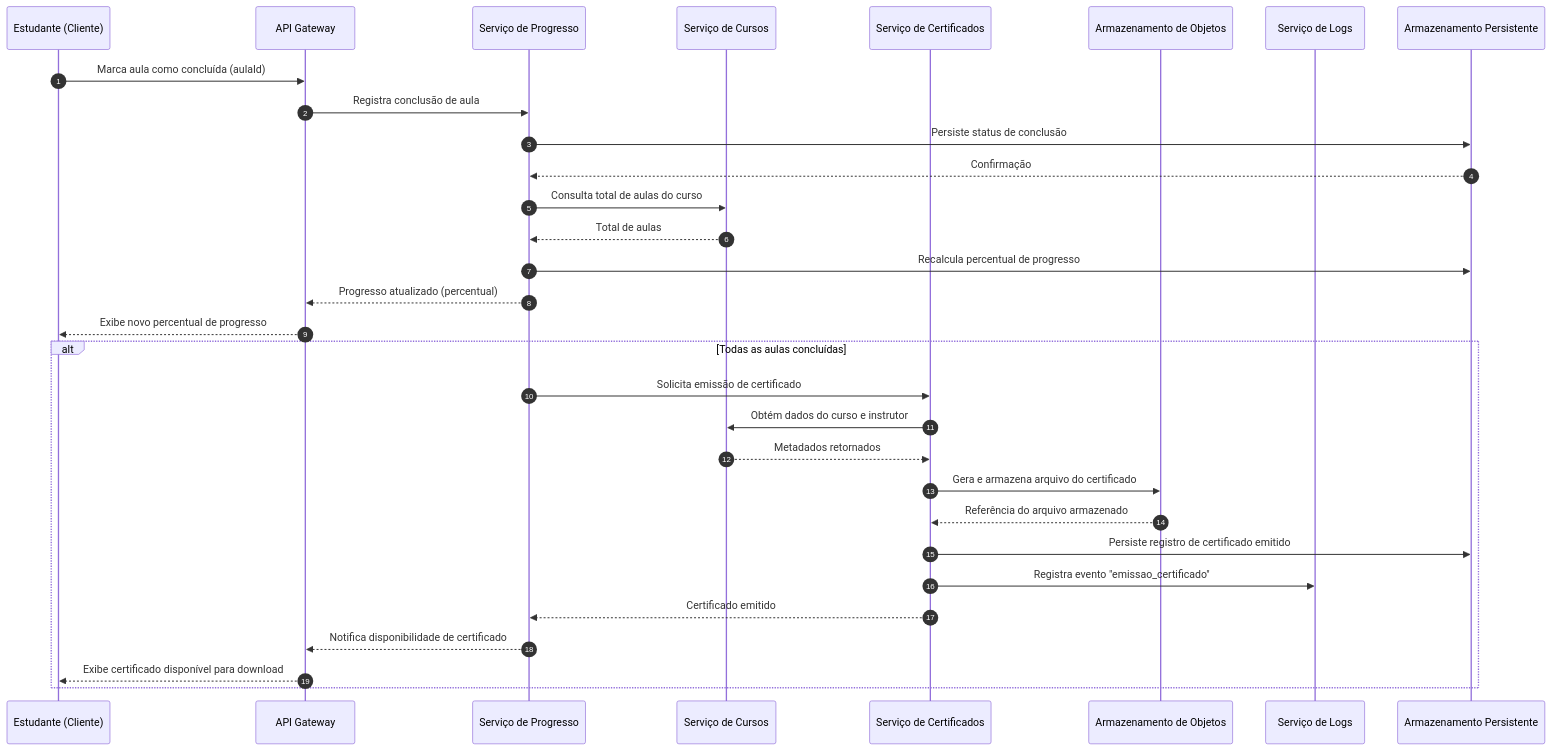
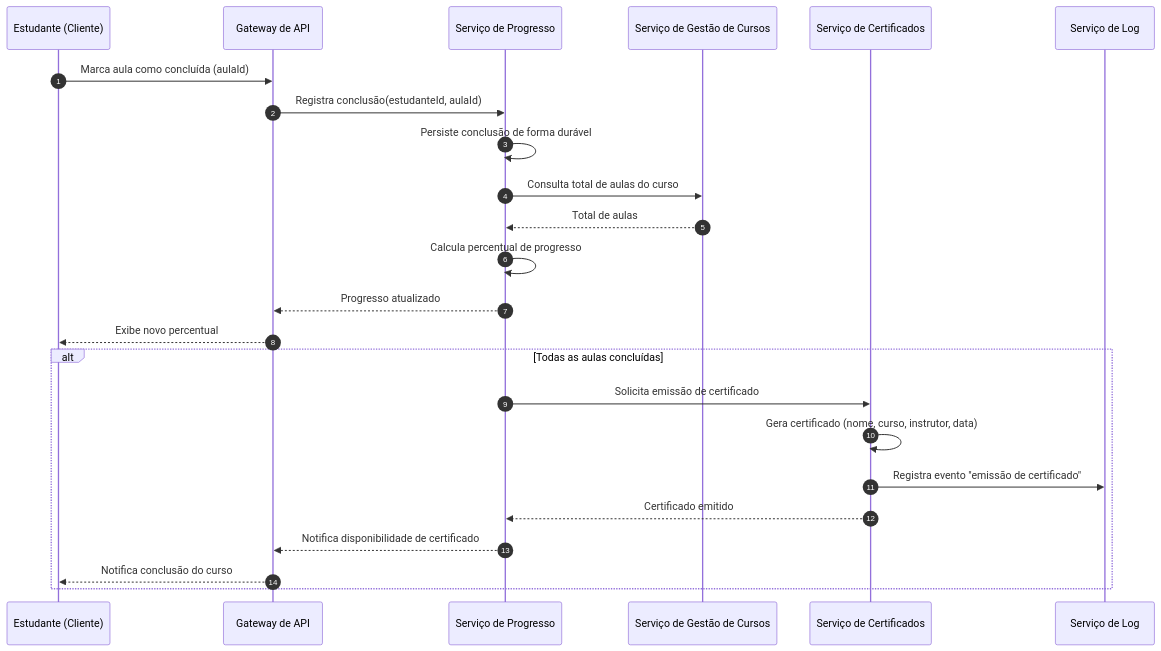
The third of 3 diagrams in docs/Time_2_Design/analise-qualitativa/outputs/relatorio_claude_sonnet_5_M01.md (PDC-ESIA/AI4ES), drawn with Mermaid before and after one commit. The commit also changed other lines of this file and 107 other files, not shown here.

````diff
--- a/docs/Time_2_Design/analise-qualitativa/outputs/relatorio_claude_sonnet_5_M01.md
+++ b/docs/Time_2_Design/analise-qualitativa/outputs/relatorio_claude_sonnet_5_M01.md
@@ -117,35 +118,28 @@
 ```mermaid
 sequenceDiagram
     autonumber
-    participant Est as Estudante (Cliente)
-    participant GW as API Gateway
-    participant Progress as Serviço de Progresso
-    participant Course as Serviço de Cursos
-    participant Cert as Serviço de Certificados
-    participant Storage as Armazenamento de Objetos
-    participant Log as Serviço de Logs
-    participant Data as Armazenamento Persistente
+    participant EST as Estudante (Cliente)
+    participant GW as Gateway de API
+    participant PROG as Serviço de Progresso
+    participant CURSO as Serviço de Gestão de Cursos
+    participant CERT as Serviço de Certificados
+    participant LOG as Serviço de Log
 
-    Est->>GW: Marca aula como concluída (aulaId)
-    GW->>Progress: Registra conclusão de aula
-    Progress->>Data: Persiste status de conclusão
-    Data-->>Progress: Confirmação
-    Progress->>Course: Consulta total de aulas do curso
-    Course-->>Progress: Total de aulas
-    Progress->>Data: Recalcula percentual de progresso
-    Progress-->>GW: Progresso atualizado (percentual)
-    GW-->>Est: Exibe novo percentual de progresso
+    EST->>GW: Marca aula como concluída (aulaId)
+    GW->>PROG: Registra conclusão(estudanteId, aulaId)
+    PROG->>PROG: Persiste conclusão de forma durável
+    PROG->>CURSO: Consulta total de aulas do curso
+    CURSO-->>PROG: Total de aulas
+    PROG->>PROG: Calcula percentual de progresso
+    PROG-->>GW: Progresso atualizado
+    GW-->>EST: Exibe novo percentual
 
     alt Todas as aulas concluídas
-        Progress->>Cert: Solicita emissão de certificado
-        Cert->>Course: Obtém dados do curso e instrutor
-        Course-->>Cert: Metadados retornados
-        Cert->>Storage: Gera e armazena arquivo do certificado
-        Storage-->>Cert: Referência do arquivo armazenado
-        Cert->>Data: Persiste registro de certificado emitido
-        Cert->>Log: Registra evento "emissao_certificado"
-        Cert-->>Progress: Certificado emitido
-        Progress-->>GW: Notifica disponibilidade de certificado
-        GW-->>Est: Exibe certificado disponível para download
+        PROG->>CERT: Solicita emissão de certificado
+        CERT->>CERT: Gera certificado (nome, curso, instrutor, data)
+        CERT->>LOG: Registra evento "emissão de certificado"
+        CERT-->>PROG: Certificado emitido
+        PROG-->>GW: Notifica disponibilidade de certificado
+        GW-->>EST: Notifica conclusão do curso
     end
 ```
````
